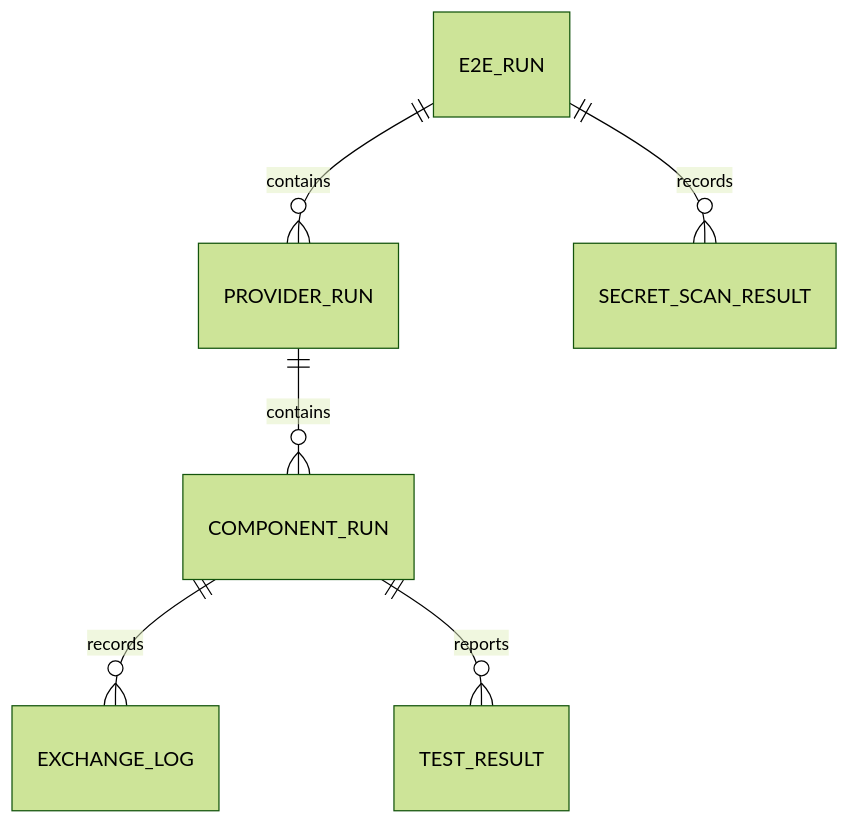
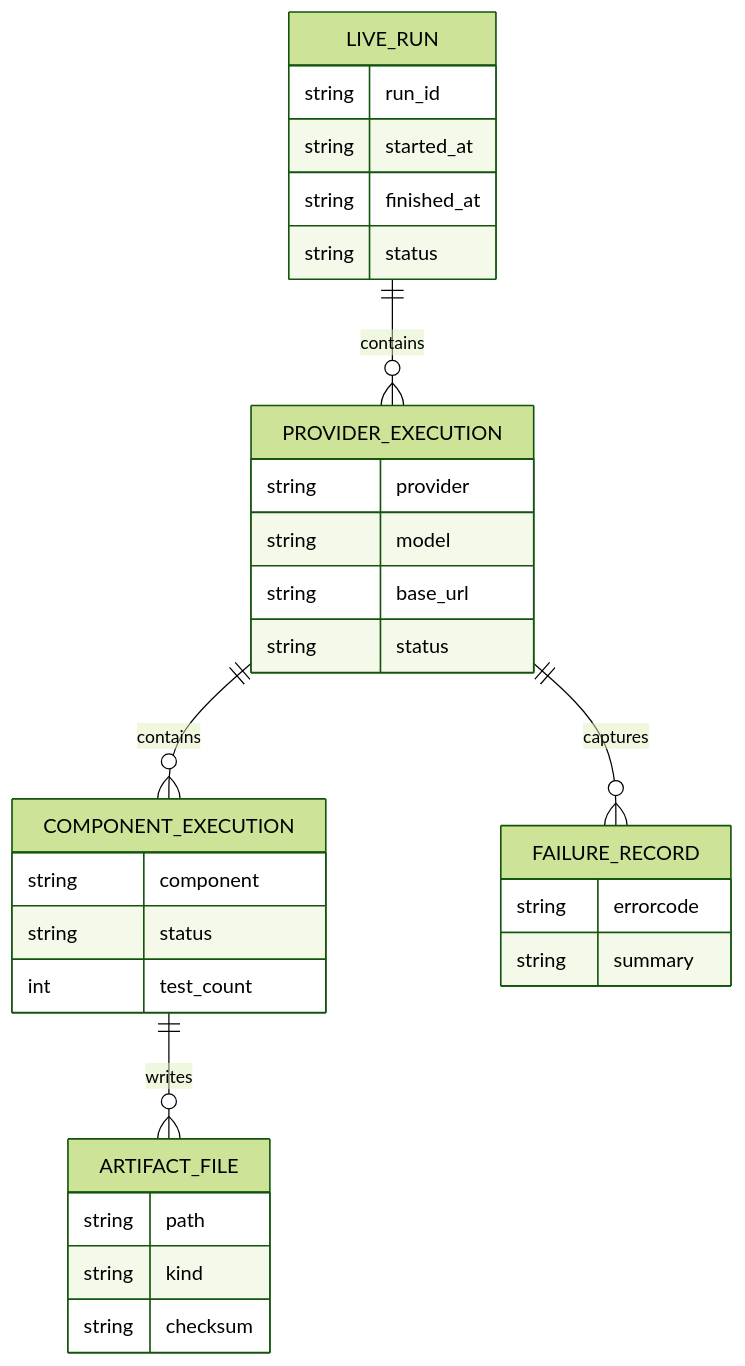
Before and after one commit to jaytaylor/attractor-tcl: the second of 5 diagrams in docs/sprints/SPRINT-004-comprehensive-implementation-plan.md, drawn with Mermaid (forest theme). The commit also changed other lines of this file, not shown here.

Commit message:
docs: finalize sprint 004 implementation plan with verification evidence

````diff
--- a/docs/sprints/SPRINT-004-comprehensive-implementation-plan.md
+++ b/docs/sprints/SPRINT-004-comprehensive-implementation-plan.md
@@ -1320,9 +881,38 @@
 ```mermaid
-%% Source: .scratch/diagrams/sprint-004/implementation-plan/er.mmd
 erDiagram
-  E2E_RUN ||--o{ PROVIDER_RUN : contains
-  PROVIDER_RUN ||--o{ COMPONENT_RUN : contains
-  COMPONENT_RUN ||--o{ EXCHANGE_LOG : records
-  COMPONENT_RUN ||--o{ TEST_RESULT : reports
-  E2E_RUN ||--o{ SECRET_SCAN_RESULT : records
+  LIVE_RUN ||--o{ PROVIDER_EXECUTION : contains
+  PROVIDER_EXECUTION ||--o{ COMPONENT_EXECUTION : contains
+  COMPONENT_EXECUTION ||--o{ ARTIFACT_FILE : writes
+  PROVIDER_EXECUTION ||--o{ FAILURE_RECORD : captures
+
+  LIVE_RUN {
+    string run_id
+    string started_at
+    string finished_at
+    string status
+  }
+
+  PROVIDER_EXECUTION {
+    string provider
+    string model
+    string base_url
+    string status
+  }
+
+  COMPONENT_EXECUTION {
+    string component
+    string status
+    int test_count
+  }
+
+  ARTIFACT_FILE {
+    string path
+    string kind
+    string checksum
+  }
+
+  FAILURE_RECORD {
+    string errorcode
+    string summary
+  }
 ```
````
